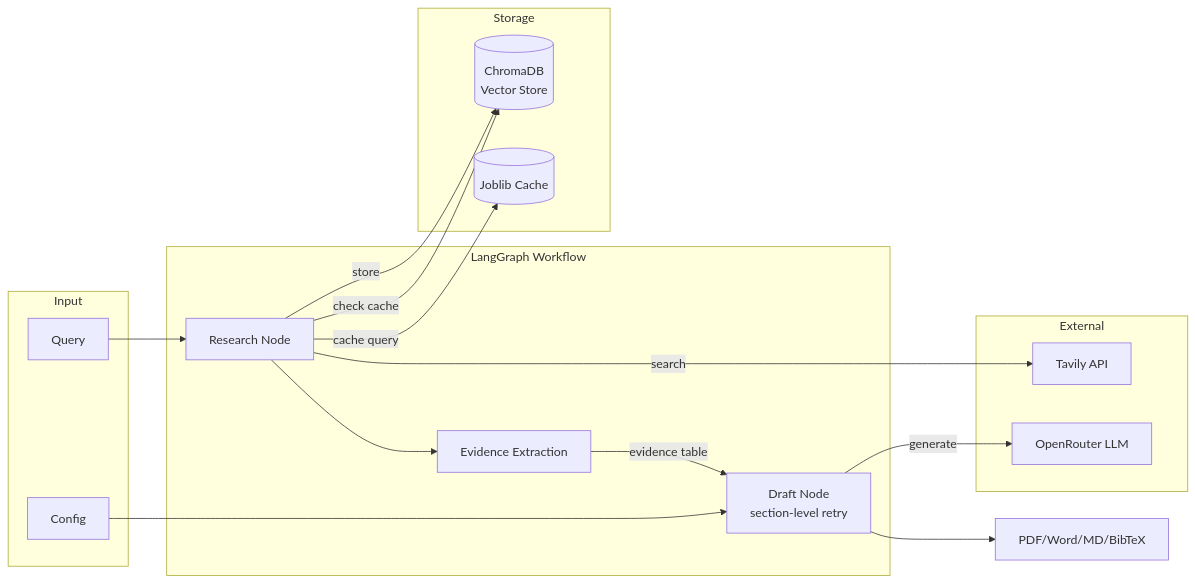
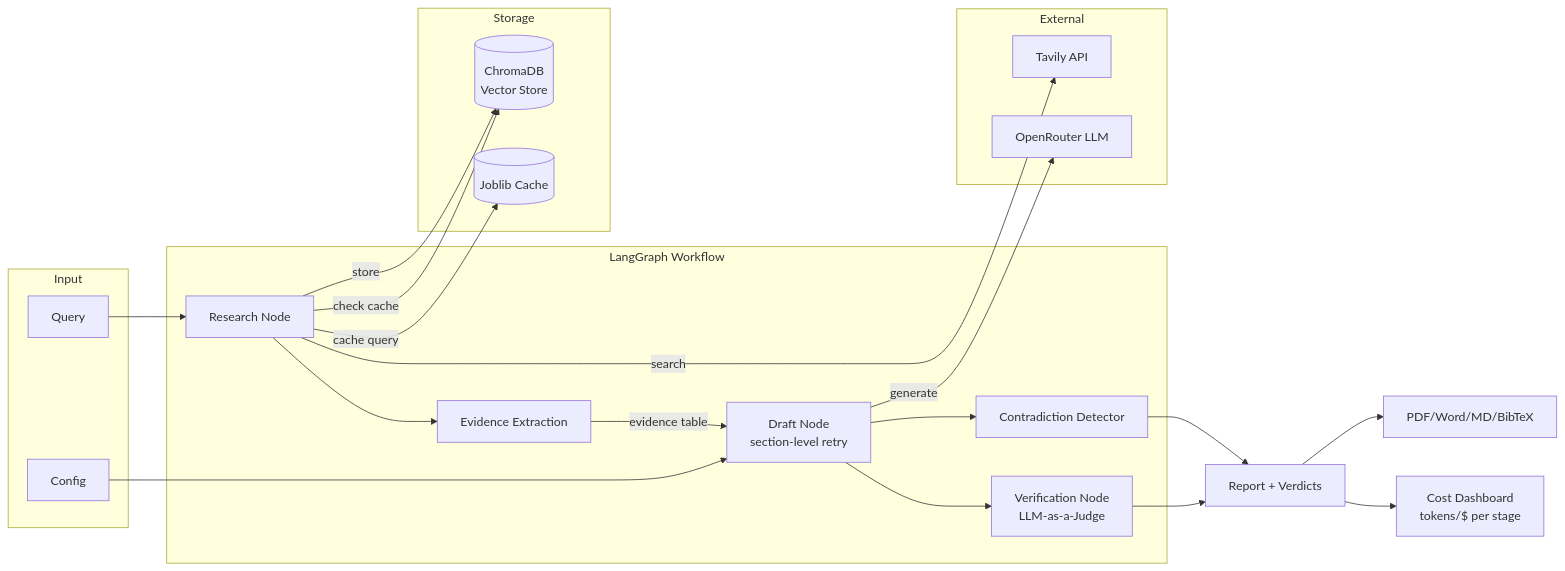
Before and after one commit to saksham-jain177/agentic-deep-research: the diagram in README.md, drawn with Mermaid. The commit also changed other lines of this file, not shown here.

Commit message:
docs: add CI badge, Output Quality Guarantees section, update architecture diagram and test count

````diff
--- a/README.md
+++ b/README.md
@@ -27,34 +40,41 @@
 ```mermaid
 flowchart LR
     subgraph Input
         Q[Query]
         C[Config]
     end
 
     subgraph LangGraph["LangGraph Workflow"]
         R[Research Node]
         E[Evidence Extraction]
         D[Draft Node<br/>section-level retry]
+        VJ[Verification Node<br/>LLM-as-a-Judge]
+        CD[Contradiction Detector]
     end
 
     subgraph Storage
         V[(ChromaDB<br/>Vector Store)]
         CA[(Joblib Cache)]
     end
 
     subgraph External
         T[Tavily API]
         O[OpenRouter LLM]
     end
 
     Q --> R
     C --> D
     R --> |search| T
     R --> |check cache| V
     R --> |store| V
     R --> |cache query| CA
     R --> E
     E --> |evidence table| D
     D --> |generate| O
-    D --> Export[PDF/Word/MD/BibTeX]
+    D --> VJ
+    D --> CD
+    VJ --> OUT[Report + Verdicts]
+    CD --> OUT
+    OUT --> Export[PDF/Word/MD/BibTeX]
+    OUT --> COST[Cost Dashboard<br/>tokens/$ per stage]
 ```
````
